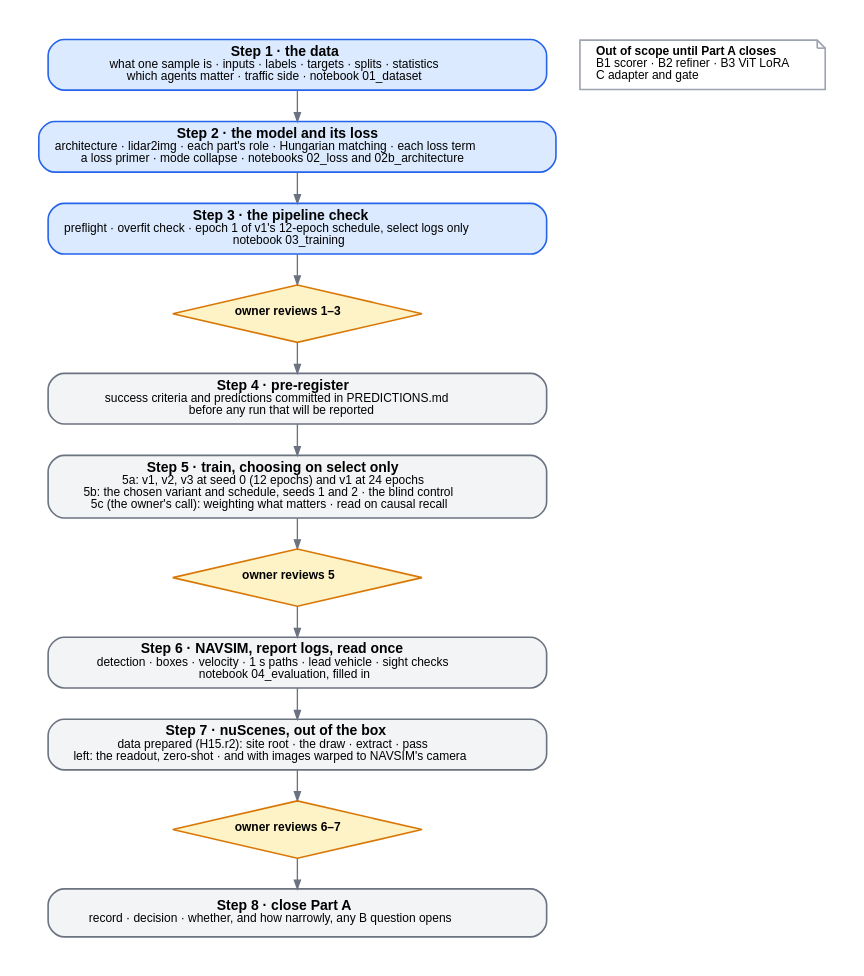
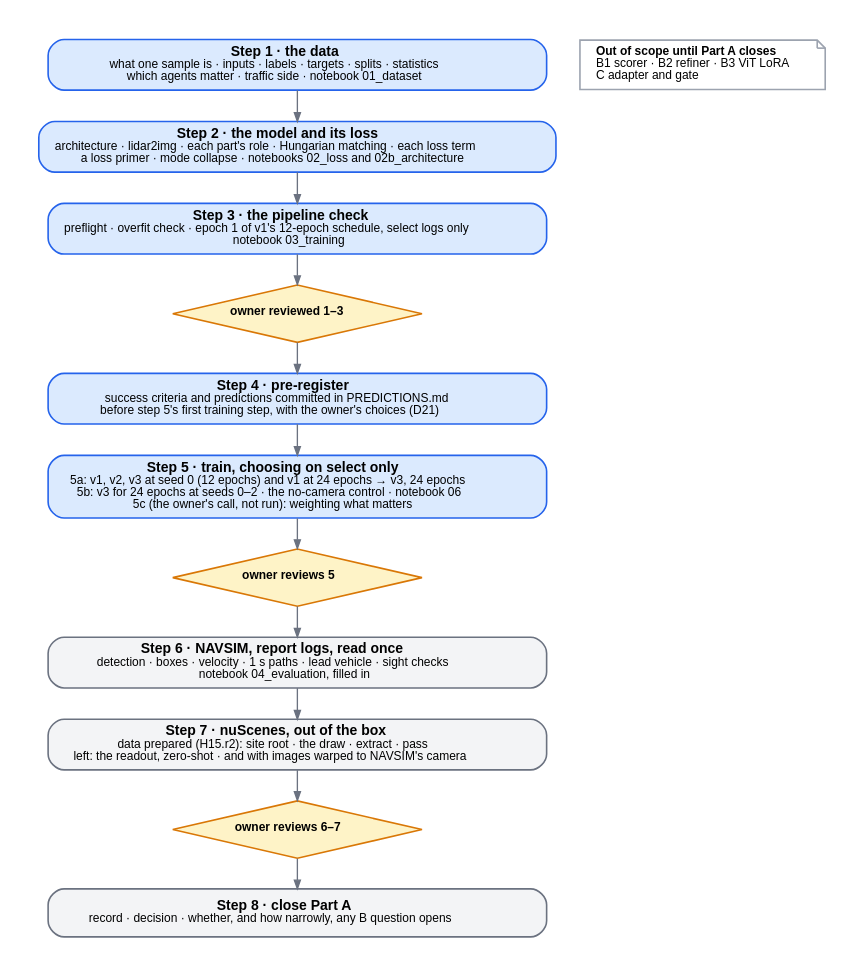
Before and after one commit to FastCodeAI/Gallops: the diagram in experiments/H15_perception_sidecar/figures/part-a-steps.dot, drawn with Graphviz. The commit also changed 9 other files, not shown here.

First line of the commit message:
H15 step 5 done (H15.r4) and notebook 06: what the side-car predicts, on the select logs

```diff
--- a/experiments/H15_perception_sidecar/figures/part-a-steps.dot
+++ b/experiments/H15_perception_sidecar/figures/part-a-steps.dot
@@ -1,35 +1,37 @@
 // H15 rerun, Part A: the side-car alone, in eight steps, each closed by a review before the next opens.
-// Blue: done in the planning commit (steps 1-3). Grey: after the owner's review. Amber diamonds: reviews.
+// Blue: done (steps 1-5, 4 Nov). Grey: not yet run. Amber diamonds: reviews.
 // Render: dot -Tsvg part-a-steps.dot -o part-a-steps.svg && dot -Tpng:cairo -Gdpi=192 part-a-steps.dot -o part-a-steps.png
 // (not rsvg-convert: version 2.50 drops the space after a bold run)
 digraph part_a_steps {
   graph [rankdir=TB, fontname="Helvetica", nodesep=0.35, ranksep=0.32, pad=0.3, bgcolor="white"];
   node  [shape=box, style="rounded,filled", fontname="Helvetica", fontsize=10.5, penwidth=1.2,
          color="#6b7280", fillcolor="#f3f4f6", margin="0.16,0.07", width=5.2];
   edge  [color="#6b7280", arrowsize=0.65, penwidth=1.0, fontname="Helvetica", fontsize=9];
 
   S1 [label=<<B>Step 1 · the data</B><BR/><FONT POINT-SIZE="9">what one sample is · inputs · labels · targets · splits · statistics<BR/>which agents matter · traffic side · notebook 01_dataset</FONT>>,
       color="#2563eb", fillcolor="#dbeafe"];
   S2 [label=<<B>Step 2 · the model and its loss</B><BR/><FONT POINT-SIZE="9">architecture · lidar2img · each part's role · Hungarian matching · each loss term<BR/>a loss primer · mode collapse · notebooks 02_loss and 02b_architecture</FONT>>,
       color="#2563eb", fillcolor="#dbeafe"];
   S3 [label=<<B>Step 3 · the pipeline check</B><BR/><FONT POINT-SIZE="9">preflight · overfit check · epoch 1 of v1's 12-epoch schedule, select logs only<BR/>notebook 03_training</FONT>>,
       color="#2563eb", fillcolor="#dbeafe"];
   R1 [shape=diamond, style="filled", width=2.6, height=0.6, fixedsize=true, color="#d97706", fillcolor="#fef3c7",
-      label=<<FONT POINT-SIZE="9.5"><B>owner reviews 1–3</B></FONT>>];
-  S4 [label=<<B>Step 4 · pre-register</B><BR/><FONT POINT-SIZE="9">success criteria and predictions committed in PREDICTIONS.md<BR/>before any run that will be reported</FONT>>];
-  S5 [label=<<B>Step 5 · train, choosing on select only</B><BR/><FONT POINT-SIZE="9">5a: v1, v2, v3 at seed 0 (12 epochs) and v1 at 24 epochs<BR/>5b: the chosen variant and schedule, seeds 1 and 2 · the blind control<BR/>5c (the owner's call): weighting what matters · read on causal recall</FONT>>];
+      label=<<FONT POINT-SIZE="9.5"><B>owner reviewed 1–3</B></FONT>>];
+  S4 [label=<<B>Step 4 · pre-register</B><BR/><FONT POINT-SIZE="9">success criteria and predictions committed in PREDICTIONS.md<BR/>before step 5's first training step, with the owner's choices (D21)</FONT>>,
+      color="#2563eb", fillcolor="#dbeafe"];
+  S5 [label=<<B>Step 5 · train, choosing on select only</B><BR/><FONT POINT-SIZE="9">5a: v1, v2, v3 at seed 0 (12 epochs) and v1 at 24 epochs → v3, 24 epochs<BR/>5b: v3 for 24 epochs at seeds 0–2 · the no-camera control · notebook 06<BR/>5c (the owner's call, not run): weighting what matters</FONT>>,
+      color="#2563eb", fillcolor="#dbeafe"];
   R2 [shape=diamond, style="filled", width=2.6, height=0.6, fixedsize=true, color="#d97706", fillcolor="#fef3c7",
       label=<<FONT POINT-SIZE="9.5"><B>owner reviews 5</B></FONT>>];
   S6 [label=<<B>Step 6 · NAVSIM, report logs, read once</B><BR/><FONT POINT-SIZE="9">detection · boxes · velocity · 1 s paths · lead vehicle · sight checks<BR/>notebook 04_evaluation, filled in</FONT>>];
   S7 [label=<<B>Step 7 · nuScenes, out of the box</B><BR/><FONT POINT-SIZE="9">data prepared (H15.r2): site root · the draw · extract · pass<BR/>left: the readout, zero-shot · and with images warped to NAVSIM's camera</FONT>>];
   R3 [shape=diamond, style="filled", width=2.6, height=0.6, fixedsize=true, color="#d97706", fillcolor="#fef3c7",
       label=<<FONT POINT-SIZE="9.5"><B>owner reviews 6–7</B></FONT>>];
   S8 [label=<<B>Step 8 · close Part A</B><BR/><FONT POINT-SIZE="9">record · decision · whether, and how narrowly, any B question opens</FONT>>];
 
   S1 -> S2 -> S3 -> R1 -> S4 -> S5 -> R2 -> S6 -> S7 -> R3 -> S8;
 
   NOTE [shape=note, style="filled", fillcolor="white", color="#9ca3af", fontsize=9, width=2.4,
         label=<<B>Out of scope until Part A closes</B><BR ALIGN="LEFT"/>B1 scorer · B2 refiner · B3 ViT LoRA<BR ALIGN="LEFT"/>C adapter and gate<BR ALIGN="LEFT"/>>];
   edge [style=invis]; S1 -> NOTE;
   {rank=same; S1; NOTE;}
 }
```
